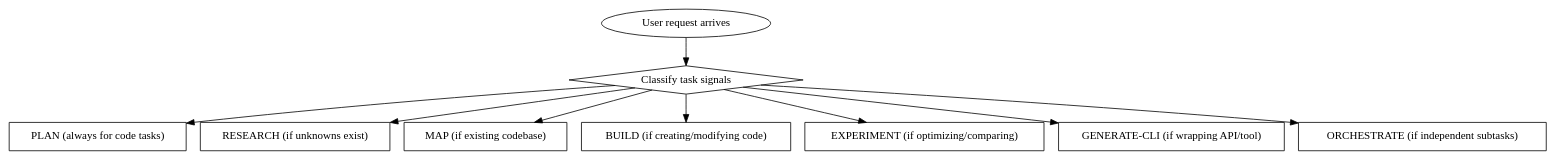
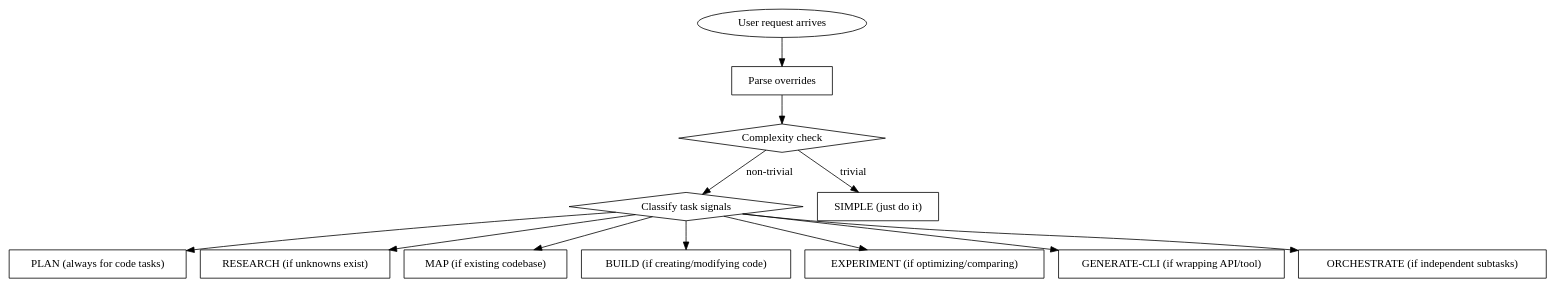
One commit to aifunmobi/super-plugin changed the first of 2 diagrams in skills/super/SKILL.md. Above: the diagram before and after it, drawn with Graphviz. The commit also changed other lines of this file and 4 other files, not shown here.

First line of the commit message:
feat: add SIMPLE fast path, capability overrides, incremental maps, cleanup, dry-run, progress, experiment continuity

````diff
--- a/skills/super/SKILL.md
+++ b/skills/super/SKILL.md
@@ -12,19 +59,25 @@
 ```dot
 digraph router {
   rankdir=TB;
   node [shape=box];
 
   "User request arrives" [shape=ellipse];
+  "Parse overrides" [shape=box];
+  "Complexity check" [shape=diamond];
   "Classify task signals" [shape=diamond];
 
-  "User request arrives" -> "Classify task signals";
+  "User request arrives" -> "Parse overrides";
+  "Parse overrides" -> "Complexity check";
+
+  "Complexity check" -> "SIMPLE (just do it)" [label="trivial"];
+  "Complexity check" -> "Classify task signals" [label="non-trivial"];
 
   "Classify task signals" -> "PLAN (always for code tasks)";
   "Classify task signals" -> "RESEARCH (if unknowns exist)";
   "Classify task signals" -> "MAP (if existing codebase)";
   "Classify task signals" -> "BUILD (if creating/modifying code)";
   "Classify task signals" -> "EXPERIMENT (if optimizing/comparing)";
   "Classify task signals" -> "GENERATE-CLI (if wrapping API/tool)";
   "Classify task signals" -> "ORCHESTRATE (if independent subtasks)";
 }
 ```
````
